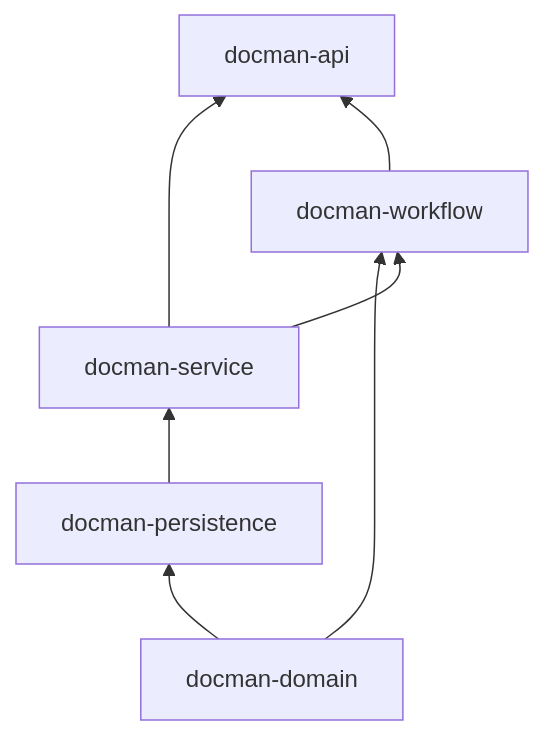
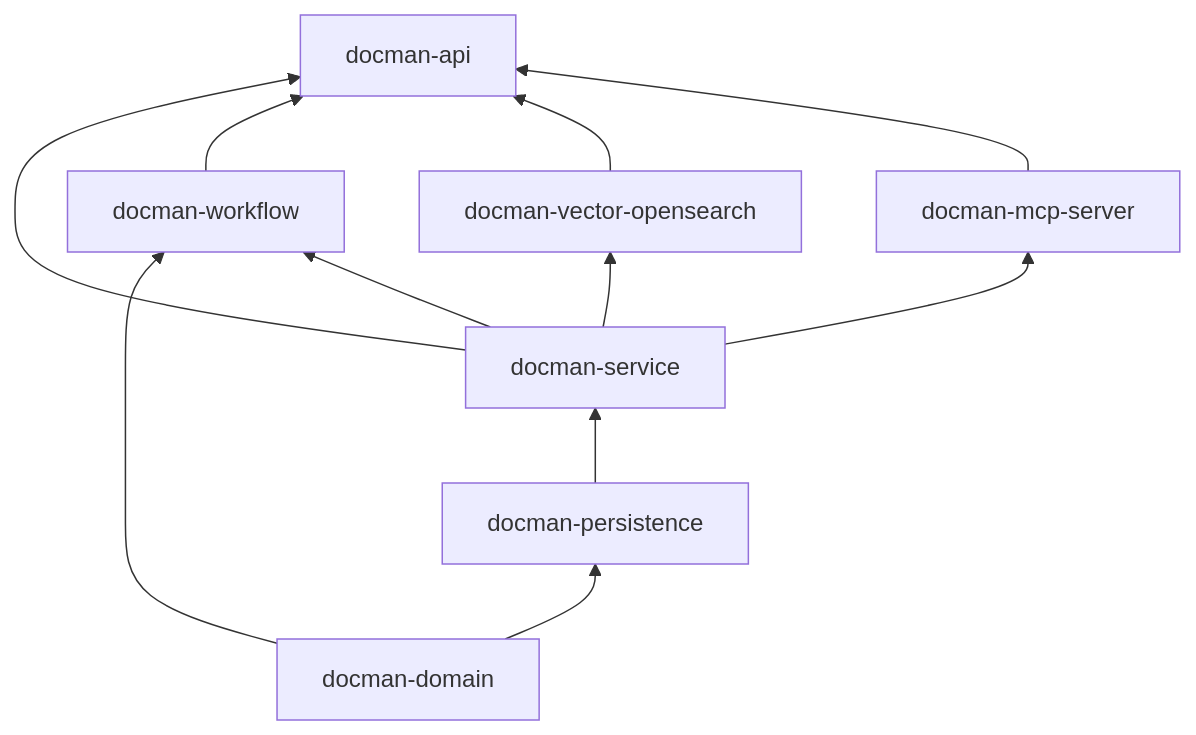
The second of 4 diagrams in docs/ARCHITECTURE.md (kamranzafar/docman-ai), drawn with Mermaid before and after one commit. The commit also changed other lines of this file and 9 other files, not shown here.

Commit message:
added mcp server

````diff
--- a/docs/ARCHITECTURE.md
+++ b/docs/ARCHITECTURE.md
@@ -48,9 +52,13 @@
 ```mermaid
 flowchart BT
     domain[docman-domain] --> persistence[docman-persistence]
     persistence --> service[docman-service]
     domain --> workflow[docman-workflow]
     service --> workflow
+    service --> vectorstore[docman-vector-opensearch]
+    service --> mcp[docman-mcp-server]
     service --> api[docman-api]
     workflow --> api
+    vectorstore --> api
+    mcp --> api
 ```
````
